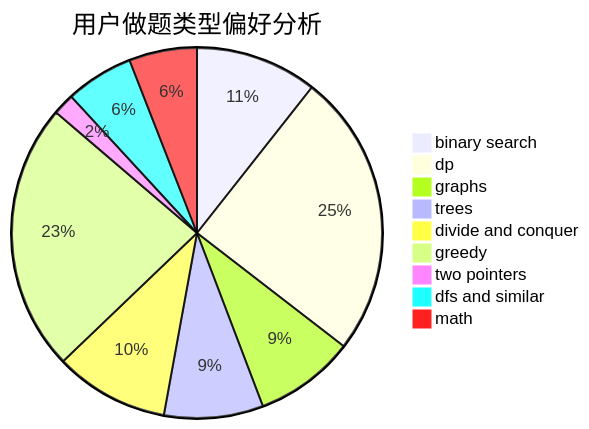
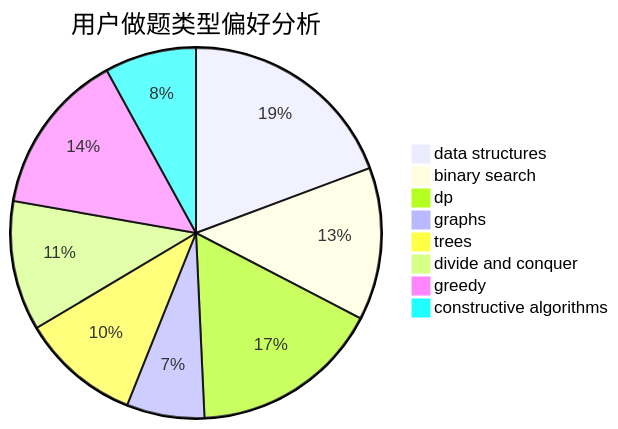
The second of 3 diagrams in docs/user/u139.md (sherpahu/cfrs.github.io), drawn with Mermaid before and after one commit. The commit also changed other lines of this file and 2775 other files, not shown here.

````diff
--- a/docs/user/u139.md
+++ b/docs/user/u139.md
@@ -23,12 +23,11 @@
 ```mermaid
 pie title 用户做题类型偏好分析
-    "binary search" :  113
-    "dp" :  264
-    "graphs" :  93
-    "trees" :  92
-    "divide and conquer" :  106
-    "greedy" :  249
-    "two pointers" :  20
-    "dfs and similar" :  63
-    "math" :  63
+    "data structures" :  145
+    "binary search" :  100
+    "dp" :  125
+    "graphs" :  51
+    "trees" :  78
+    "divide and conquer" :  85
+    "greedy" :  107
+    "constructive algorithms" :  60
 ```
````
